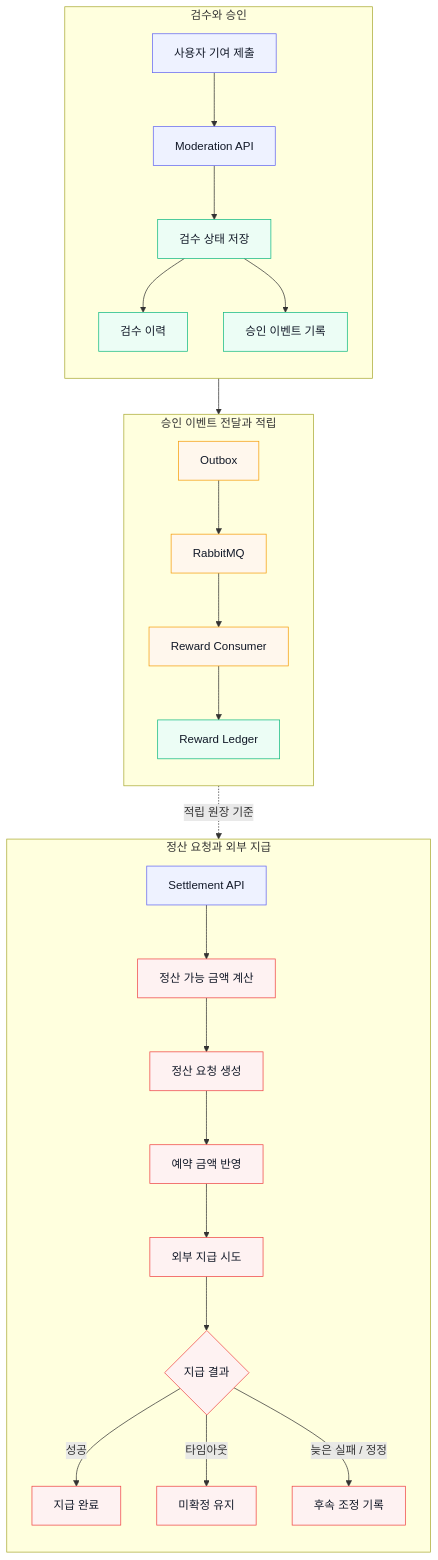
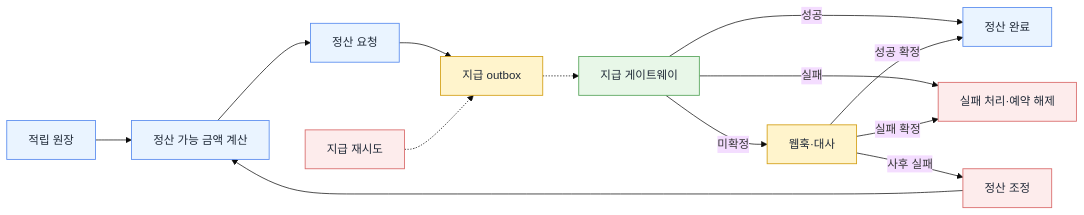
One commit to joohyeongzz81/hipster changed the sixth of 7 diagrams in README.md. Above: the diagram before and after it, drawn with Mermaid. The commit also changed other lines of this file and 4 other files, not shown here.

````diff
--- a/README.md
+++ b/README.md
@@ -70,41 +259,38 @@
 ```mermaid
-flowchart TD
-    subgraph ModerationFlow["검수와 승인"]
-        direction TD
-        A[사용자 기여 제출] --> B[Moderation API]
-        B --> C[검수 상태 저장]
-        C --> D[검수 이력]
-        C --> E[승인 이벤트 기록]
-    end
+%%{init: {'theme':'base'}}%%
+flowchart LR
+    LEDGER[적립 원장]
+    BAL[정산 가능 금액 계산]
+    REQ[정산 요청]
+    SOUTBOX[지급 outbox]
+    RETRY[지급 재시도]
+    PAY[지급 게이트웨이]
+    WEB[웹훅·대사]
+    DONE[정산 완료]
+    FAIL[실패 처리·예약 해제]
+    ADJ[정산 조정]
 
-    subgraph RewardFlow["승인 이벤트 전달과 적립"]
-        direction TD
-        E --> F[Outbox]
-        F --> G[RabbitMQ]
-        G --> H[Reward Consumer]
-        H --> I[Reward Ledger]
-    end
+    LEDGER --> BAL --> REQ --> SOUTBOX
+    RETRY -.-> SOUTBOX
+    SOUTBOX -.-> PAY
 
-    subgraph SettlementFlow["정산 요청과 외부 지급"]
-        direction TD
-        J[Settlement API] --> K[정산 가능 금액 계산]
-        I -. 적립 원장 기준 .-> K
-        K --> L[정산 요청 생성]
-        L --> M[예약 금액 반영]
-        M --> N[외부 지급 시도]
-        N --> O{지급 결과}
-        O -->|성공| P[지급 완료]
-        O -->|타임아웃| Q[미확정 유지]
-        O -->|늦은 실패 / 정정| R[후속 조정 기록]
-    end
+    PAY -->|성공| DONE
+    PAY -->|실패| FAIL
+    PAY -->|미확정| WEB
 
-    classDef api fill:#eef2ff,stroke:#6366f1,color:#111827;
-    classDef store fill:#ecfdf5,stroke:#10b981,color:#111827;
-    classDef async fill:#fff7ed,stroke:#f59e0b,color:#111827;
-    classDef state fill:#fef2f2,stroke:#ef4444,color:#111827;
+    WEB -->|성공 확정| DONE
+    WEB -->|실패 확정| FAIL
+    WEB -->|사후 실패| ADJ
 
-    class A,B,J api;
-    class C,D,E,I store;
-    class F,G,H async;
-    class K,L,M,N,O,P,Q,R state;
+    ADJ --> BAL
+
+    classDef process fill:#eaf4ff,stroke:#5b8def,color:#1f2937,stroke-width:1.2px;
+    classDef batch fill:#fff4cc,stroke:#d4a017,color:#1f2937,stroke-width:1.2px;
+    classDef external fill:#e8f7e8,stroke:#58a55c,color:#1f2937,stroke-width:1.2px;
+    classDef recovery fill:#fdecec,stroke:#d96b6b,color:#1f2937,stroke-width:1.2px;
+
+    class LEDGER,BAL,REQ,DONE process;
+    class SOUTBOX,WEB batch;
+    class PAY external;
+    class RETRY,FAIL,ADJ recovery;
 ```
````
